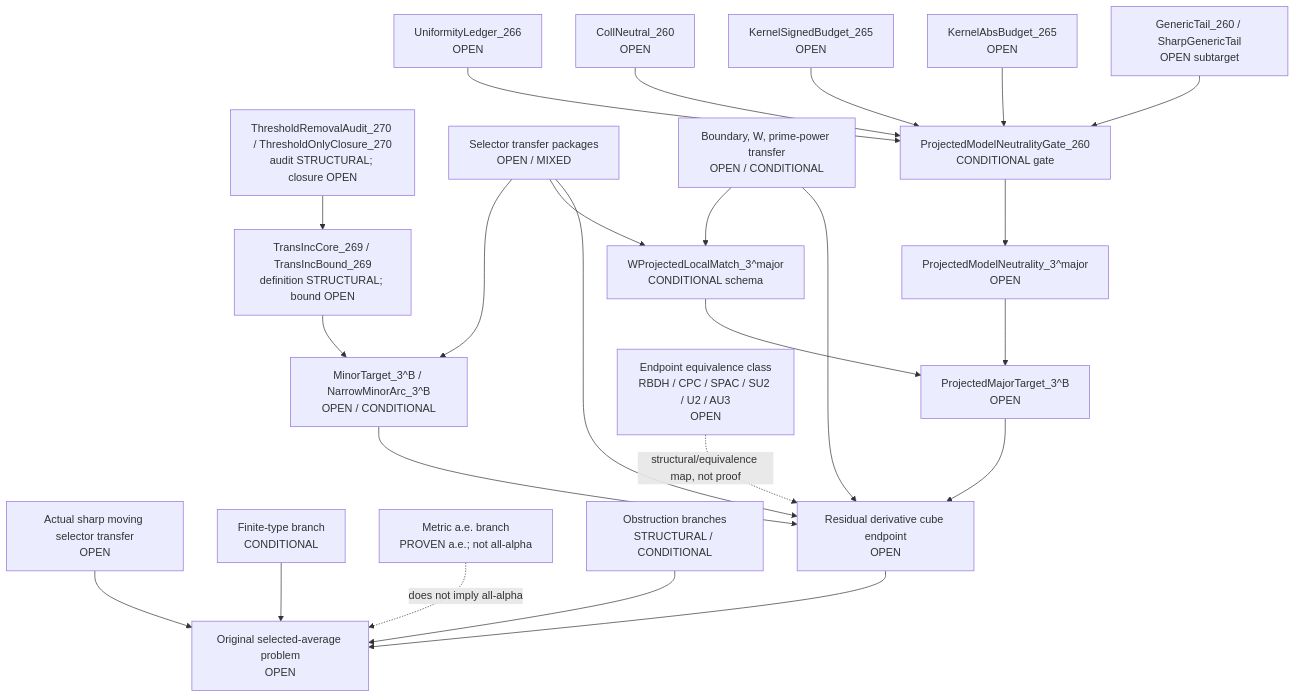
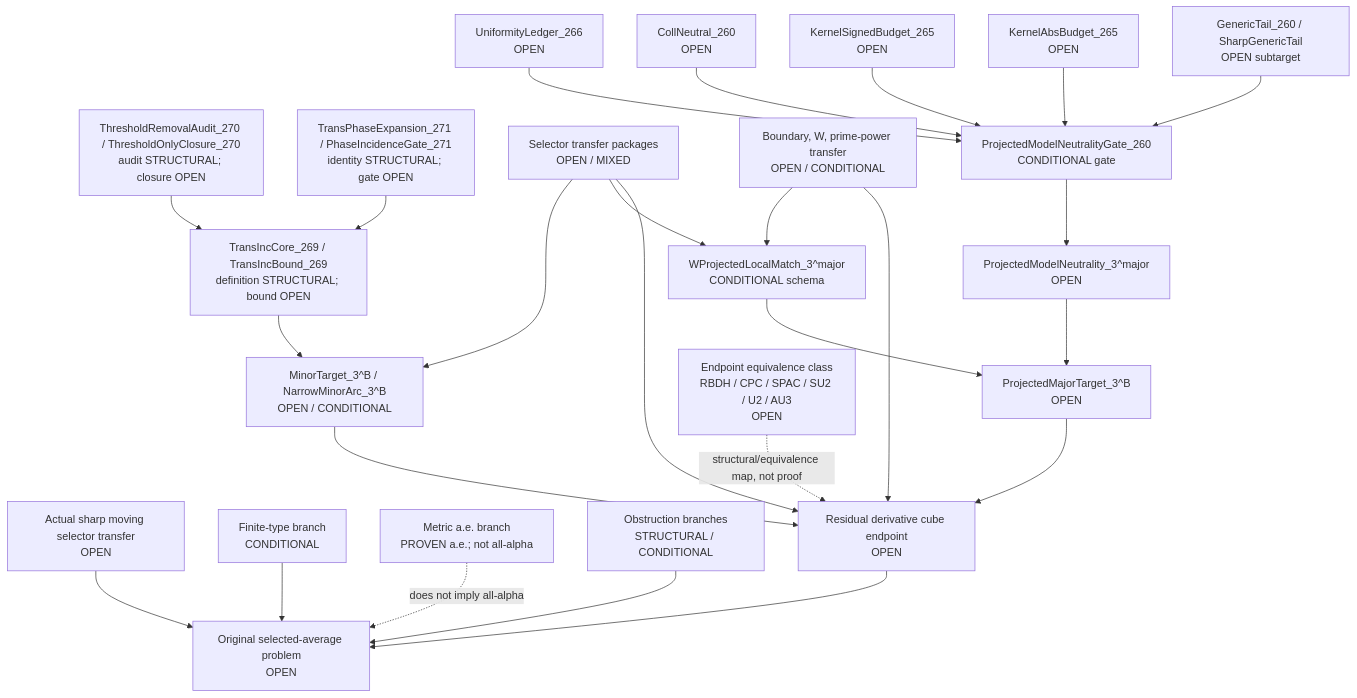
One commit to flaritycat/PrimeResonanceGap changed the diagram in docs/modules/dependency_graph.md. Above: the diagram before and after it, drawn with Mermaid. The commit also changed 9 other files, not shown here.

Commit message:
Add Module 271 transverse phase expansion

````diff
--- a/docs/modules/dependency_graph.md
+++ b/docs/modules/dependency_graph.md
@@ -7,55 +7,57 @@
 ```mermaid
 flowchart TD
   Original["Original selected-average problem<br/>OPEN"]
   SharpSel["Actual sharp moving selector transfer<br/>OPEN"]
   FiniteType["Finite-type branch<br/>CONDITIONAL"]
   Metric["Metric a.e. branch<br/>PROVEN a.e.; not all-alpha"]
   Obstruction["Obstruction branches<br/>STRUCTURAL / CONDITIONAL"]
 
   ResCube["Residual derivative cube endpoint<br/>OPEN"]
   MajorTarget["ProjectedMajorTarget_3^B<br/>OPEN"]
   MinorTarget["MinorTarget_3^B / NarrowMinorArc_3^B<br/>OPEN / CONDITIONAL"]
   TransInc["TransIncCore_269 / TransIncBound_269<br/>definition STRUCTURAL; bound OPEN"]
   ThresholdAudit["ThresholdRemovalAudit_270 / ThresholdOnlyClosure_270<br/>audit STRUCTURAL; closure OPEN"]
+  PhaseExpansion["TransPhaseExpansion_271 / PhaseIncidenceGate_271<br/>identity STRUCTURAL; gate OPEN"]
   SelectorTransfer["Selector transfer packages<br/>OPEN / MIXED"]
   BoundaryTransfer["Boundary, W, prime-power transfer<br/>OPEN / CONDITIONAL"]
 
   WLocal["WProjectedLocalMatch_3^major<br/>CONDITIONAL schema"]
   ModelNeutral["ProjectedModelNeutrality_3^major<br/>OPEN"]
   PMNGate["ProjectedModelNeutralityGate_260<br/>CONDITIONAL gate"]
   GenericTail["GenericTail_260 / SharpGenericTail<br/>OPEN subtarget"]
   KernelAbs["KernelAbsBudget_265<br/>OPEN"]
   KernelSigned["KernelSignedBudget_265<br/>OPEN"]
   CollNeutral["CollNeutral_260<br/>OPEN"]
   Uniformity["UniformityLedger_266<br/>OPEN"]
 
   EndpointClass["Endpoint equivalence class<br/>RBDH / CPC / SPAC / SU2 / U2 / AU3<br/>OPEN"]
 
   SharpSel --> Original
   FiniteType --> Original
   Obstruction --> Original
   ResCube --> Original
   Metric -. "does not imply all-alpha" .-> Original
 
   MajorTarget --> ResCube
   MinorTarget --> ResCube
   TransInc --> MinorTarget
   ThresholdAudit --> TransInc
+  PhaseExpansion --> TransInc
   SelectorTransfer --> ResCube
   BoundaryTransfer --> ResCube
   EndpointClass -. "structural/equivalence map, not proof" .-> ResCube
 
   WLocal --> MajorTarget
   ModelNeutral --> MajorTarget
 
   PMNGate --> ModelNeutral
   GenericTail --> PMNGate
   KernelAbs --> PMNGate
   KernelSigned --> PMNGate
   CollNeutral --> PMNGate
   Uniformity --> PMNGate
 
   BoundaryTransfer --> WLocal
   SelectorTransfer --> WLocal
   SelectorTransfer --> MinorTarget
 ```
````
